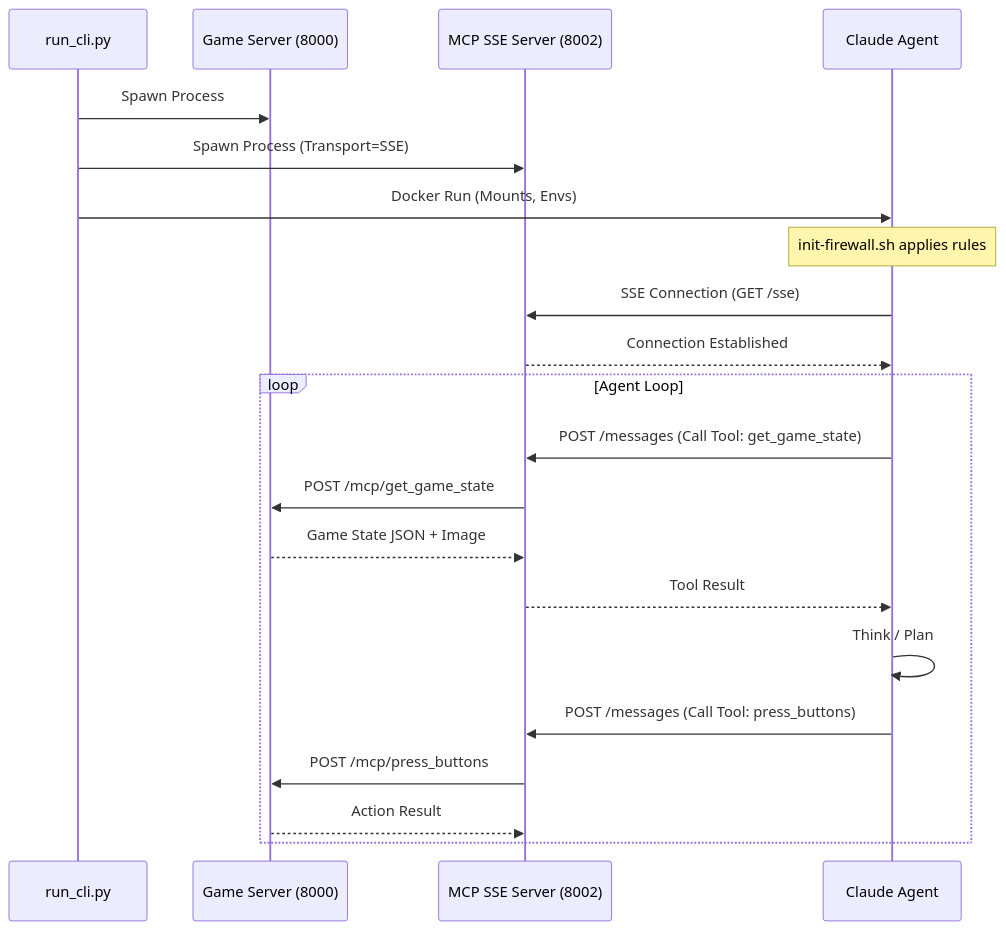
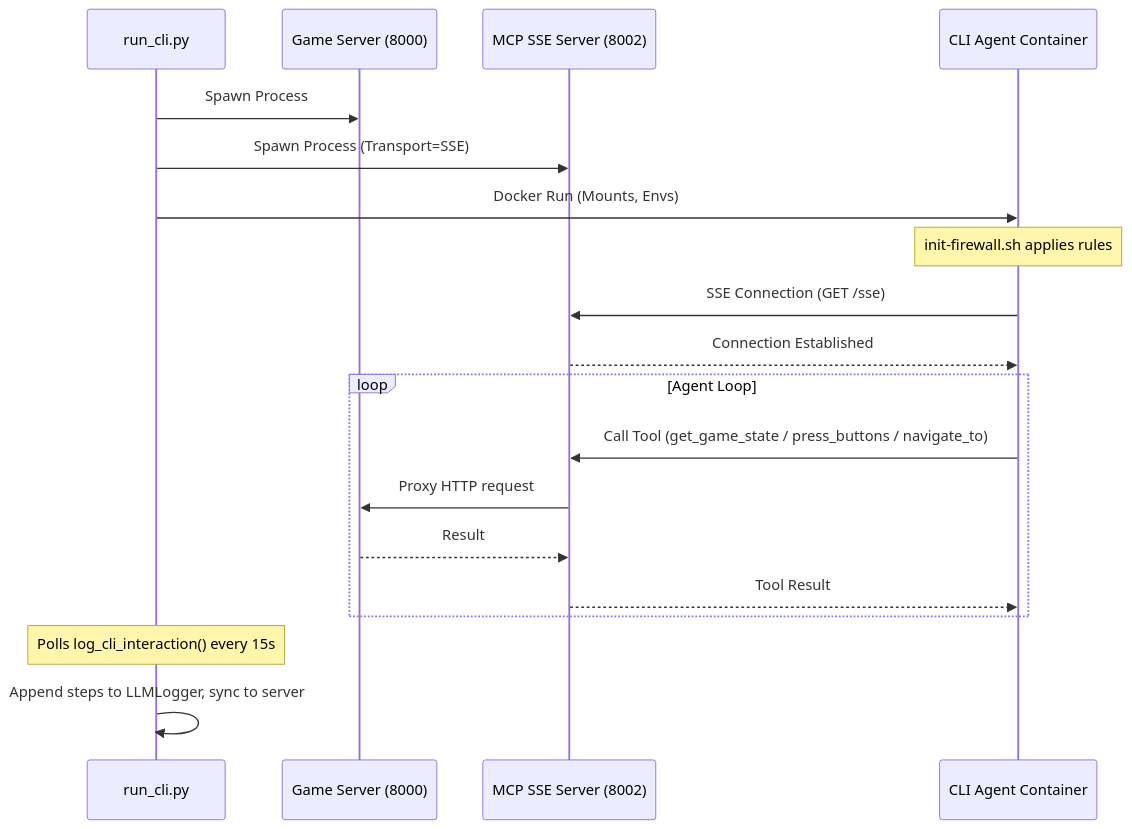
Before and after one commit to sethkarten/pokeagent-speedrun: the diagram in System-Design/architecture/cli_agents/external_mcp_agents.md, drawn with Mermaid. The commit also changed other lines of this file and 13 other files, not shown here.

Commit message:
v1: refactor to include gemini cli containerized eperiments; backward compatibility with claude code agent confirmed

````diff
--- a/System-Design/architecture/cli_agents/external_mcp_agents.md
+++ b/System-Design/architecture/cli_agents/external_mcp_agents.md
@@ -76,29 +52,26 @@
 ```mermaid
 sequenceDiagram
-    participant Host_Orchestrator as run_cli.py
-    participant Host_GameServer as Game Server (8000)
-    participant Host_MCP as MCP SSE Server (8002)
-    participant Container_Agent as Claude Agent
+    participant Host as run_cli.py
+    participant GS as Game Server (8000)
+    participant MCP as MCP SSE Server (8002)
+    participant Agent as CLI Agent Container
 
-    Host_Orchestrator->>Host_GameServer: Spawn Process
-    Host_Orchestrator->>Host_MCP: Spawn Process (Transport=SSE)
-    Host_Orchestrator->>Container_Agent: Docker Run (Mounts, Envs)
+    Host->>GS: Spawn Process
+    Host->>MCP: Spawn Process (Transport=SSE)
+    Host->>Agent: Docker Run (Mounts, Envs)
     
-    Note over Container_Agent: init-firewall.sh applies rules
+    Note over Agent: init-firewall.sh applies rules
     
-    Container_Agent->>Host_MCP: SSE Connection (GET /sse)
-    Host_MCP-->>Container_Agent: Connection Established
+    Agent->>MCP: SSE Connection (GET /sse)
+    MCP-->>Agent: Connection Established
     
     loop Agent Loop
-        Container_Agent->>Host_MCP: POST /messages (Call Tool: get_game_state)
-        Host_MCP->>Host_GameServer: POST /mcp/get_game_state
-        Host_GameServer-->>Host_MCP: Game State JSON + Image
-        Host_MCP-->>Container_Agent: Tool Result
-        
-        Container_Agent->>Container_Agent: Think / Plan
-        
-        Container_Agent->>Host_MCP: POST /messages (Call Tool: press_buttons)
-        Host_MCP->>Host_GameServer: POST /mcp/press_buttons
-        Host_GameServer-->>Host_MCP: Action Result
+        Agent->>MCP: Call Tool (get_game_state / press_buttons / navigate_to)
+        MCP->>GS: Proxy HTTP request
+        GS-->>MCP: Result
+        MCP-->>Agent: Tool Result
     end
+    
+    Note over Host: Polls log_cli_interaction() every 15s
+    Host->>Host: Append steps to LLMLogger, sync to server
 ```
````
